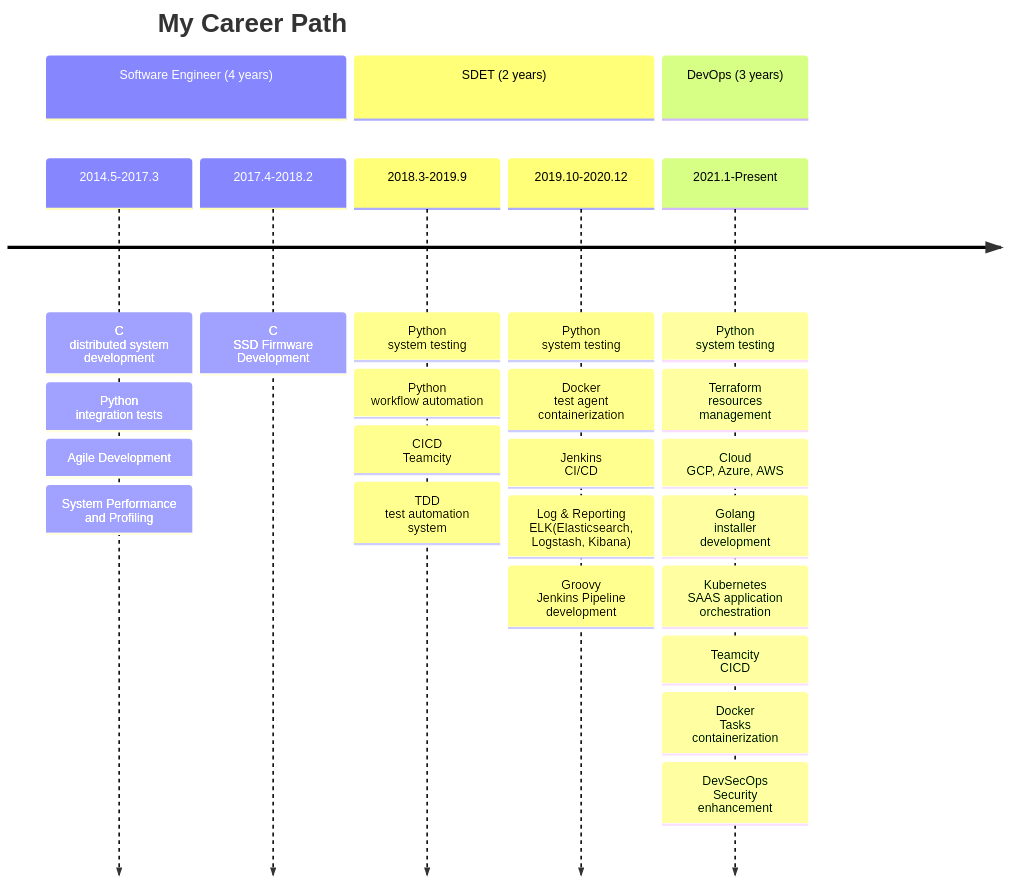
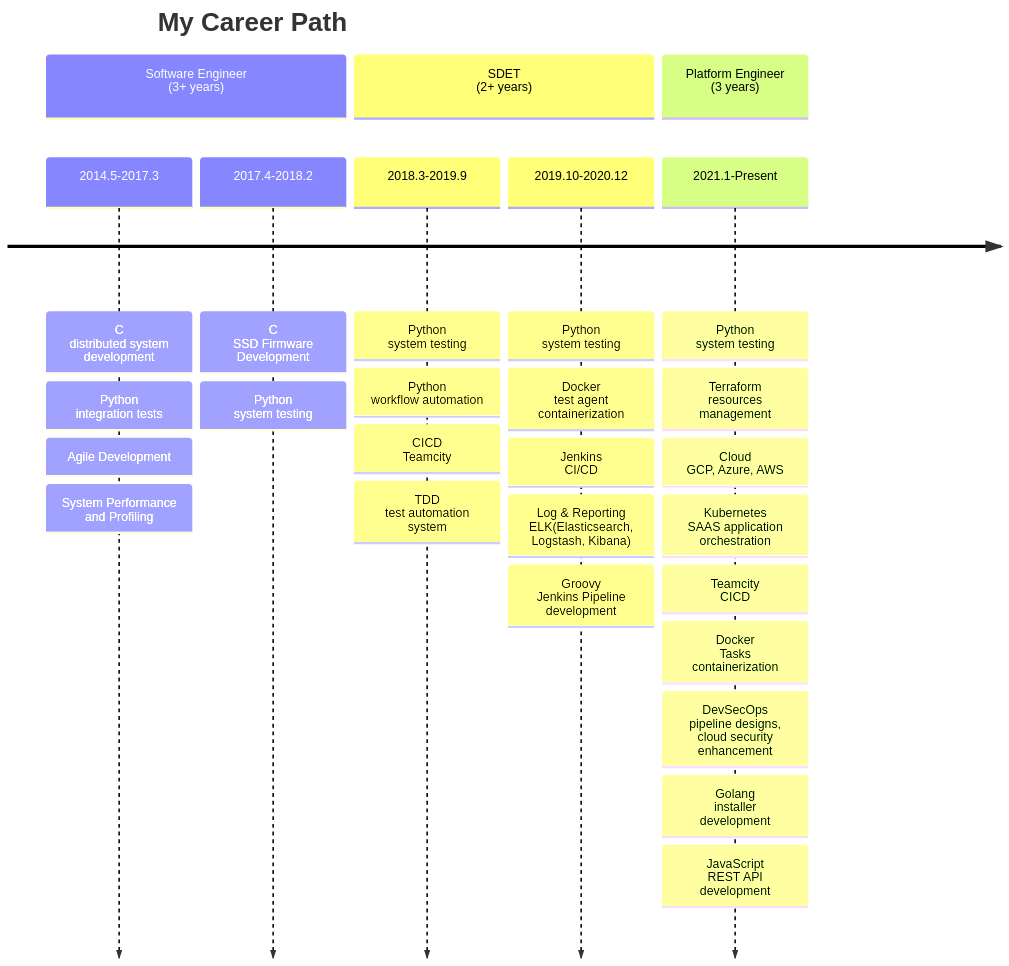
Before and after one commit to anonyknight/anonyknight.github.io: the diagram in src/pages/about_me.mdx, drawn with Mermaid. The commit also changed 9 other files, not shown here.

````diff
--- a/src/pages/about_me.mdx
+++ b/src/pages/about_me.mdx
@@ -87,34 +87,36 @@
 ```mermaid
 timeline
   title My Career Path
-  section Software Engineer (4 years)
+  section Software Engineer <br> (3+ years)
     2014.5-2017.3 
       : C <br> distributed system development
       : Python <br> integration tests
       : Agile Development
       : System Performance and Profiling
     2017.4-2018.2
       : C <br> SSD Firmware Development
-  section SDET (2 years)
+      : Python <br> system testing
+  section SDET <br> (2+ years)
     2018.3-2019.9
       : Python <br> system testing
       : Python <br> workflow automation
       : CICD <br> Teamcity
       : TDD <br> test automation system
     2019.10-2020.12
       : Python <br> system testing
       : Docker <br> test agent containerization
       : Jenkins <br> CI/CD
       : Log & Reporting <br> ELK(Elasticsearch, Logstash, Kibana)
       : Groovy <br> Jenkins Pipeline development
-  section DevOps (3 years)
+  section Platform Engineer <br> (3 years)
     2021.1-Present 
       : Python <br> system testing
       : Terraform <br> resources management
       : Cloud <br> GCP, Azure, AWS
-      : Golang <br> installer development
       : Kubernetes <br> SAAS application orchestration
       : Teamcity <br> CICD
       : Docker <br> Tasks containerization
-      : DevSecOps <br> Security enhancement
+      : DevSecOps <br> pipeline designs, cloud security enhancement
+      : Golang <br> installer development
+      : JavaScript <br> REST API development
 ```
````
